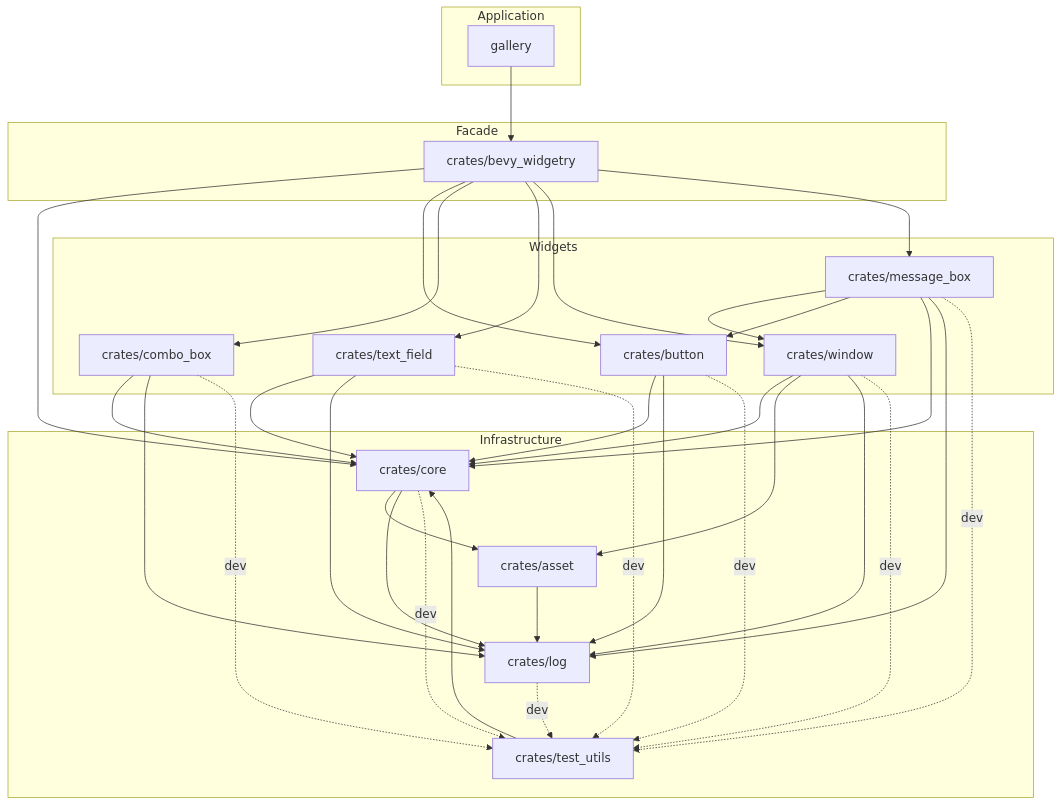
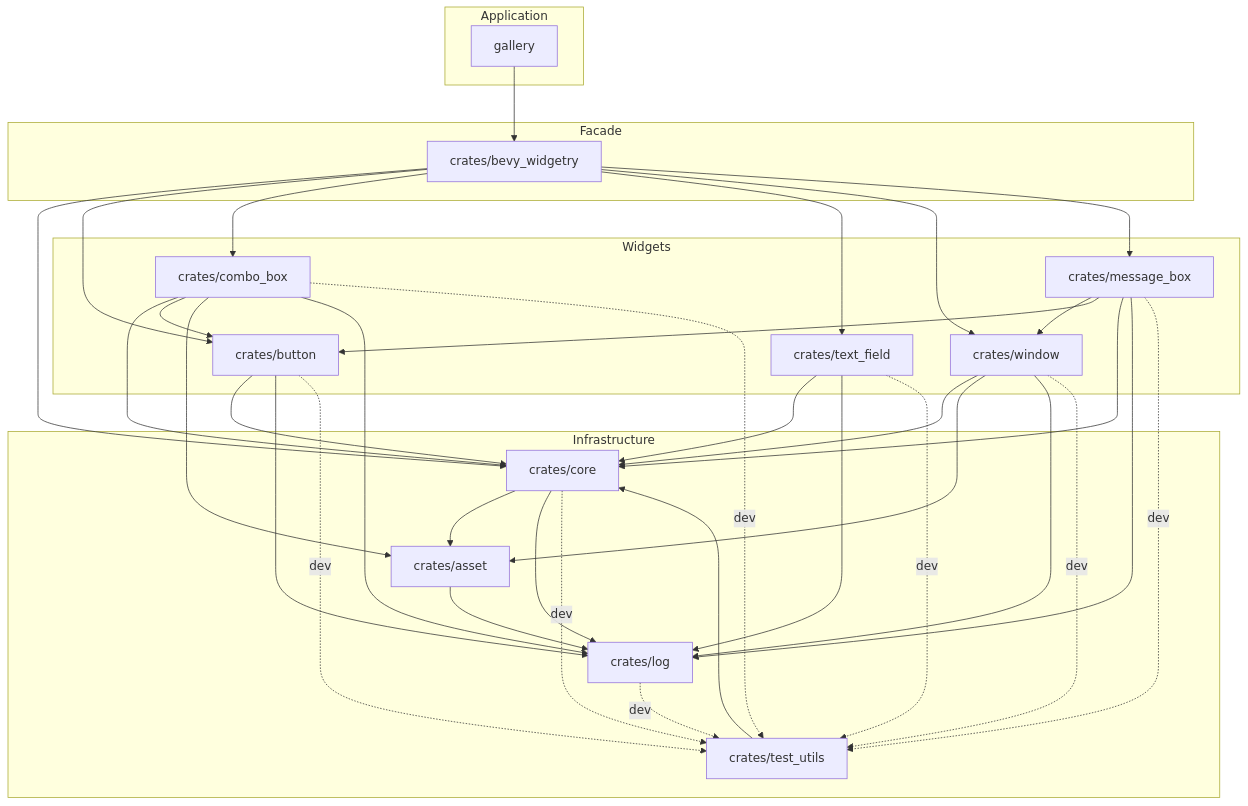
The diagram in docs/architecture.md (slc90/bevy_widgetry), drawn with Mermaid before and after one commit. The commit also changed other lines of this file and 43 other files, not shown here.

Commit message:
Stage11 ComboBox 重构

````diff
--- a/docs/architecture.md
+++ b/docs/architecture.md
@@ -102,62 +109,64 @@
 ```mermaid
 flowchart TD
     subgraph Application
         gallery["gallery"]
     end
 
     subgraph Facade
         widgetry["crates/bevy_widgetry"]
     end
 
     subgraph Widgets
         button["crates/button"]
         combo_box["crates/combo_box"]
         text_field["crates/text_field"]
         window["crates/window"]
         message_box["crates/message_box"]
     end
 
     subgraph Infrastructure
         log["crates/log"]
         asset["crates/asset"]
         core["crates/core"]
         test_utils["crates/test_utils"]
     end
 
     gallery --> widgetry
 
     widgetry --> core
     widgetry --> button
     widgetry --> combo_box
     widgetry --> text_field
     widgetry --> window
     widgetry --> message_box
 
     message_box --> window
     message_box --> button
     message_box --> core
     message_box --> log
 
     button --> core
     combo_box --> core
+    combo_box --> button
+    combo_box --> asset
     text_field --> core
     window --> core
     window --> asset
     core --> asset
     asset --> log
     core --> log
     button --> log
     combo_box --> log
     text_field --> log
     window --> log
 
     test_utils --> core
 
     log -. dev .-> test_utils
     core -. dev .-> test_utils
     button -. dev .-> test_utils
     combo_box -. dev .-> test_utils
     text_field -. dev .-> test_utils
     window -. dev .-> test_utils
     message_box -. dev .-> test_utils
 ```
````
